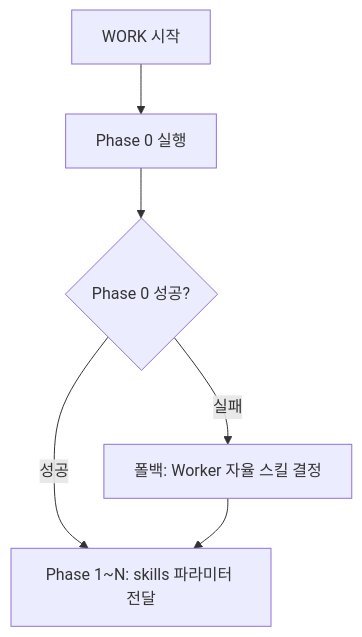
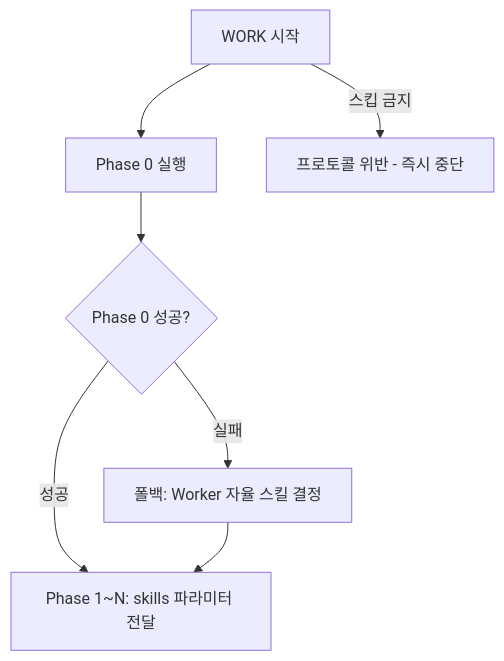
One commit to KoreanLeeChangHyun/claude-workflow changed the diagram in .claude/skills/workflow-work/reference/phase0-guide.md. Above: the diagram before and after it, drawn with Mermaid. The commit also changed other lines of this file and 7 other files, not shown here.

````diff
--- a/.claude/skills/workflow-work/reference/phase0-guide.md
+++ b/.claude/skills/workflow-work/reference/phase0-guide.md
@@ -11,8 +13,9 @@
 ```mermaid
 flowchart TD
     START[WORK 시작] --> P0[Phase 0 실행]
+    START -->|"스킵 금지"| VIOLATION[프로토콜 위반 - 즉시 중단]
     P0 --> P0R{Phase 0 성공?}
     P0R -->|성공| P1S[Phase 1~N: skills 파라미터 전달]
     P0R -->|실패| FALLBACK[폴백: Worker 자율 스킬 결정]
     FALLBACK --> P1S
 ```
````
